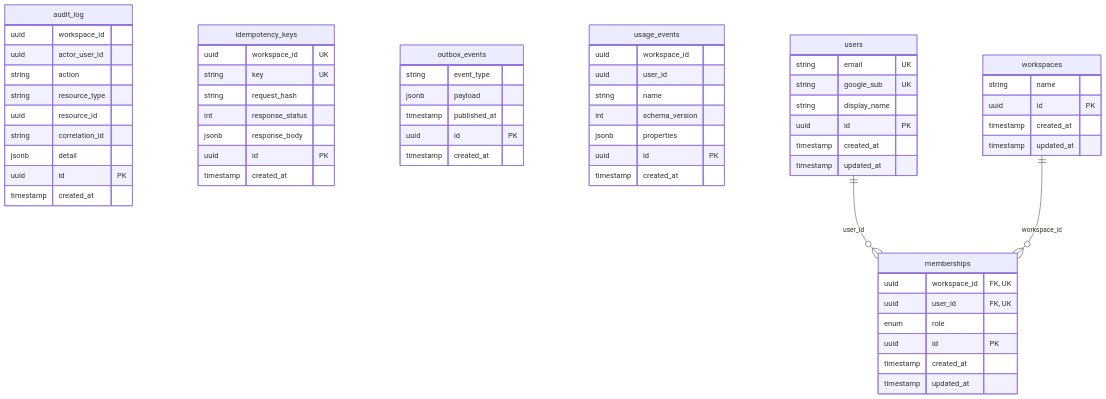
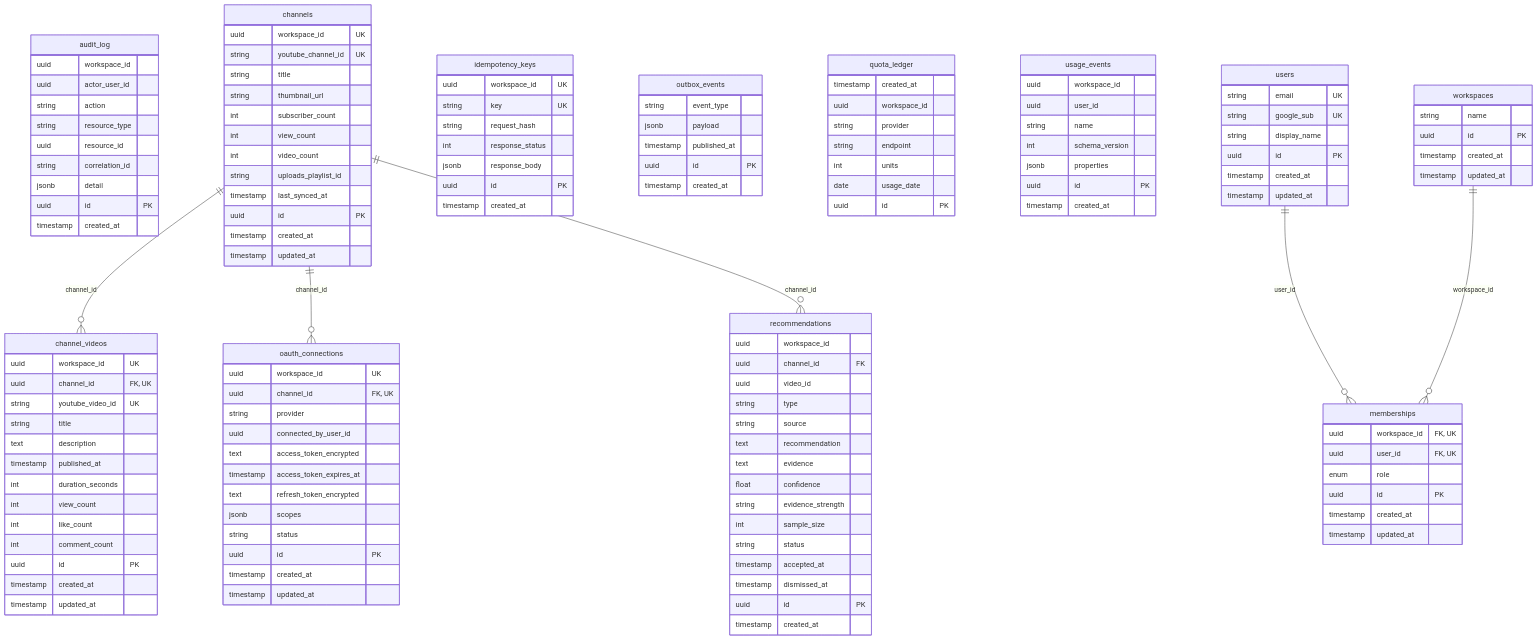
The diagram in docs/DATA_MODEL.md (varunjakkampudi-tech/CreatorIQX), drawn with Mermaid before and after one commit. The commit also changed other lines of this file and 2 other files, not shown here.

````diff
--- a/docs/DATA_MODEL.md
+++ b/docs/DATA_MODEL.md
@@ -24,6 +24,35 @@
         jsonb detail
         uuid id "PK"
         timestamp created_at
+    }
+    channel_videos {
+        uuid workspace_id "UK"
+        uuid channel_id "FK, UK"
+        string youtube_video_id "UK"
+        string title
+        text description
+        timestamp published_at
+        int duration_seconds
+        int view_count
+        int like_count
+        int comment_count
+        uuid id "PK"
+        timestamp created_at
+        timestamp updated_at
+    }
+    channels {
+        uuid workspace_id "UK"
+        string youtube_channel_id "UK"
+        string title
+        string thumbnail_url
+        int subscriber_count
+        int view_count
+        int video_count
+        string uploads_playlist_id
+        timestamp last_synced_at
+        uuid id "PK"
+        timestamp created_at
+        timestamp updated_at
     }
     idempotency_keys {
         uuid workspace_id "UK"
@@ -42,10 +71,50 @@
         timestamp created_at
         timestamp updated_at
     }
+    oauth_connections {
+        uuid workspace_id "UK"
+        uuid channel_id "FK, UK"
+        string provider
+        uuid connected_by_user_id
+        text access_token_encrypted
+        timestamp access_token_expires_at
+        text refresh_token_encrypted
+        jsonb scopes
+        string status
+        uuid id "PK"
+        timestamp created_at
+        timestamp updated_at
+    }
     outbox_events {
         string event_type
         jsonb payload
         timestamp published_at
+        uuid id "PK"
+        timestamp created_at
+    }
+    quota_ledger {
+        timestamp created_at
+        uuid workspace_id
+        string provider
+        string endpoint
+        int units
+        date usage_date
+        uuid id "PK"
+    }
+    recommendations {
+        uuid workspace_id
+        uuid channel_id "FK"
+        uuid video_id
+        string type
+        string source
+        text recommendation
+        text evidence
+        float confidence
+        string evidence_strength
+        int sample_size
+        string status
+        timestamp accepted_at
+        timestamp dismissed_at
         uuid id "PK"
         timestamp created_at
     }
@@ -72,6 +141,9 @@
         timestamp created_at
         timestamp updated_at
     }
+    channels ||--o{ channel_videos : "channel_id"
     users ||--o{ memberships : "user_id"
     workspaces ||--o{ memberships : "workspace_id"
+    channels ||--o{ oauth_connections : "channel_id"
+    channels ||--o{ recommendations : "channel_id"
 ```
````
